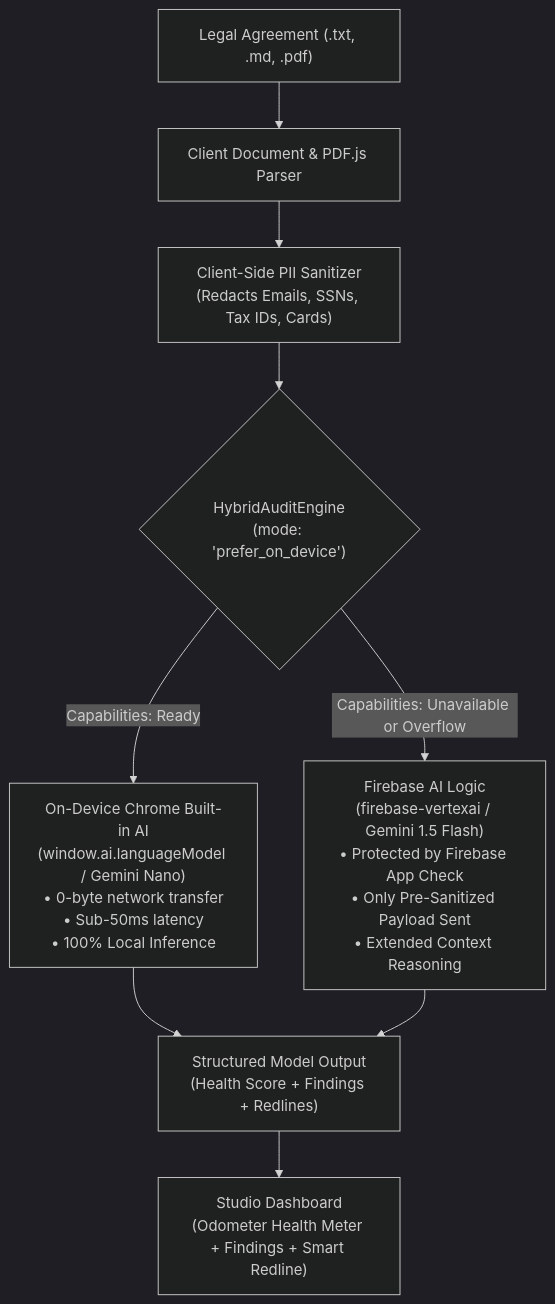
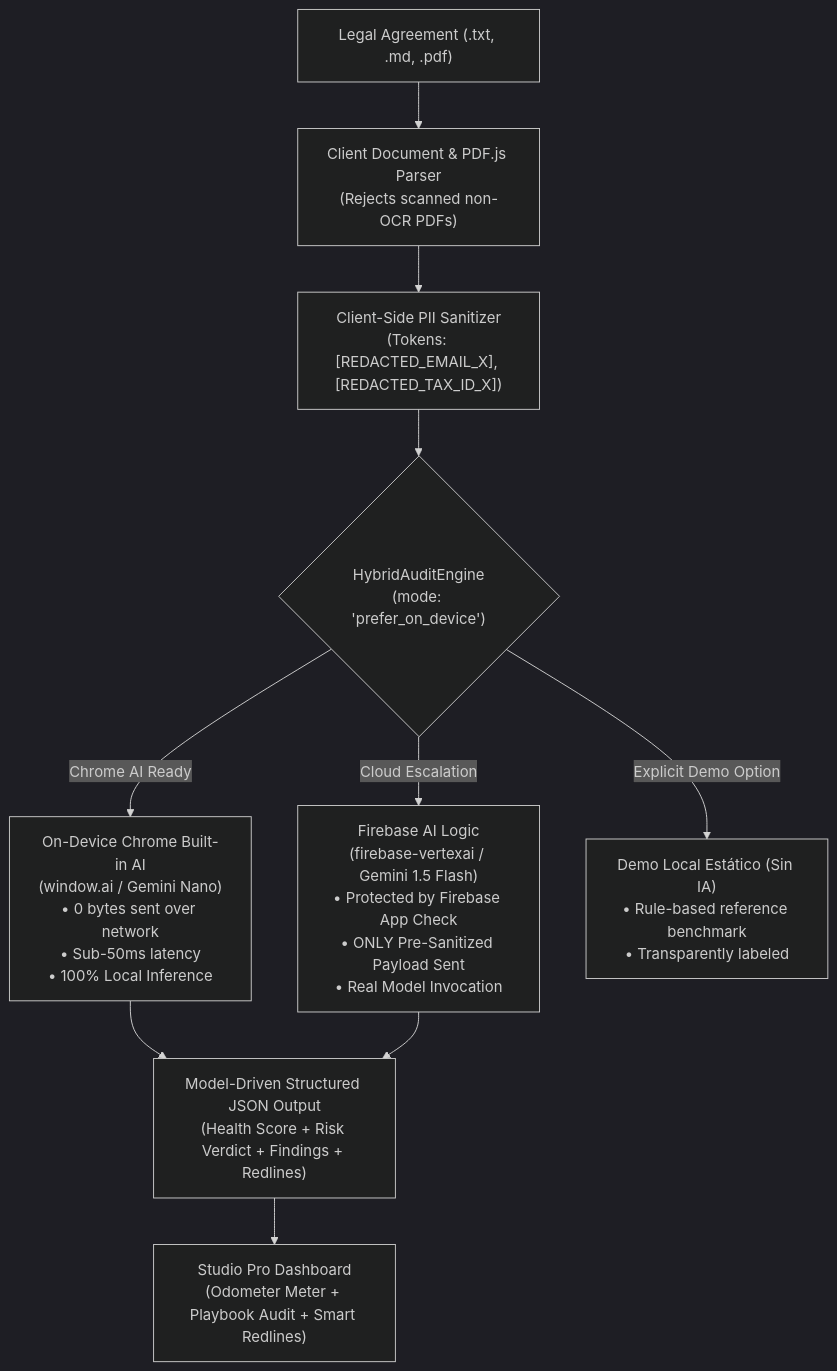
The diagram in README.md (alfredoalvarado53-ui/omniaudit-ai), drawn with Mermaid (dark theme) before and after one commit. The commit also changed other lines of this file, not shown here.

Commit message:
docs: add comprehensive Firebase Console setup, App Check guide, and verification steps

````diff
--- a/README.md
+++ b/README.md
@@ -32,16 +33,18 @@
 ```mermaid
 flowchart TD
-    UserDoc["Legal Agreement (.txt, .md, .pdf)"] --> ClientParser["Client Document & PDF.js Parser"]
-    ClientParser --> LocalSanitizer["Client-Side PII Sanitizer\n(Redacts Emails, SSNs, Tax IDs, Cards)"]
+    Doc["Legal Agreement (.txt, .md, .pdf)"] --> ClientParser["Client Document & PDF.js Parser\n(Rejects scanned non-OCR PDFs)"]
+    ClientParser --> LocalSanitizer["Client-Side PII Sanitizer\n(Tokens: [REDACTED_EMAIL_X], [REDACTED_TAX_ID_X])"]
     
     LocalSanitizer --> EngineRouter{"HybridAuditEngine\n(mode: 'prefer_on_device')"}
     
-    EngineRouter -->|Capabilities: Ready| NanoNode["On-Device Chrome Built-in AI\n(window.ai.languageModel / Gemini Nano)\n• 0-byte network transfer\n• Sub-50ms latency\n• 100% Local Inference"]
+    EngineRouter -->|Chrome AI Ready| NanoNode["On-Device Chrome Built-in AI\n(window.ai / Gemini Nano)\n• 0 bytes sent over network\n• Sub-50ms latency\n• 100% Local Inference"]
     
-    EngineRouter -->|Capabilities: Unavailable or Overflow| CloudNode["Firebase AI Logic\n(firebase-vertexai / Gemini 1.5 Flash)\n• Protected by Firebase App Check\n• Only Pre-Sanitized Payload Sent\n• Extended Context Reasoning"]
+    EngineRouter -->|Cloud Escalation| CloudNode["Firebase AI Logic\n(firebase-vertexai / Gemini 1.5 Flash)\n• Protected by Firebase App Check\n• ONLY Pre-Sanitized Payload Sent\n• Real Model Invocation"]
     
-    NanoNode --> StructuredOutput["Structured Model Output\n(Health Score + Findings + Redlines)"]
+    EngineRouter -->|Explicit Demo Option| DemoNode["Demo Local Estático (Sin IA)\n• Rule-based reference benchmark\n• Transparently labeled"]
+    
+    NanoNode --> StructuredOutput["Model-Driven Structured JSON Output\n(Health Score + Risk Verdict + Findings + Redlines)"]
     CloudNode --> StructuredOutput
     
-    StructuredOutput --> StudioUI["Studio Dashboard\n(Odometer Health Meter + Findings + Smart Redline)"]
+    StructuredOutput --> StudioUI["Studio Pro Dashboard\n(Odometer Meter + Playbook Audit + Smart Redlines)"]
 ```
````
